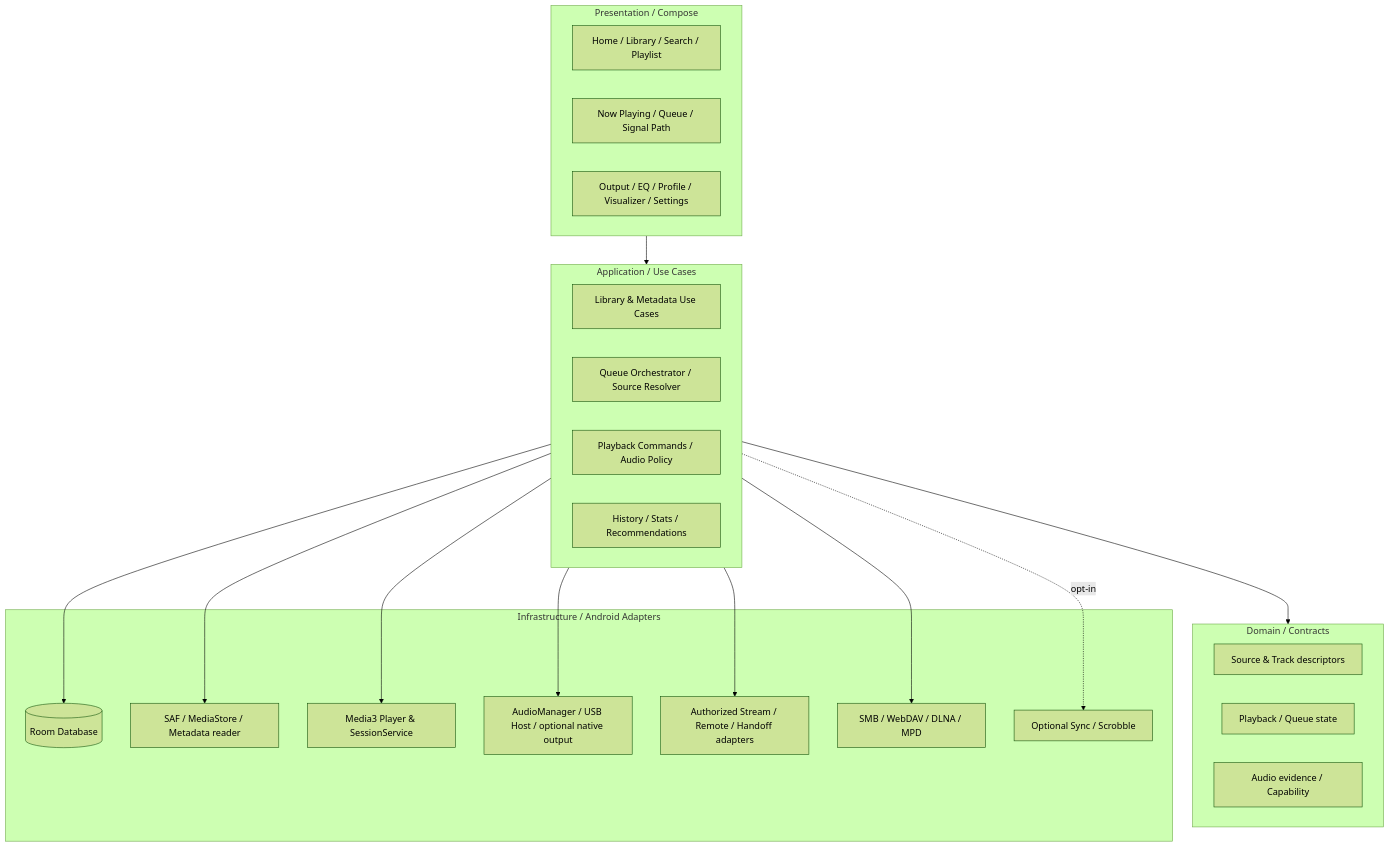
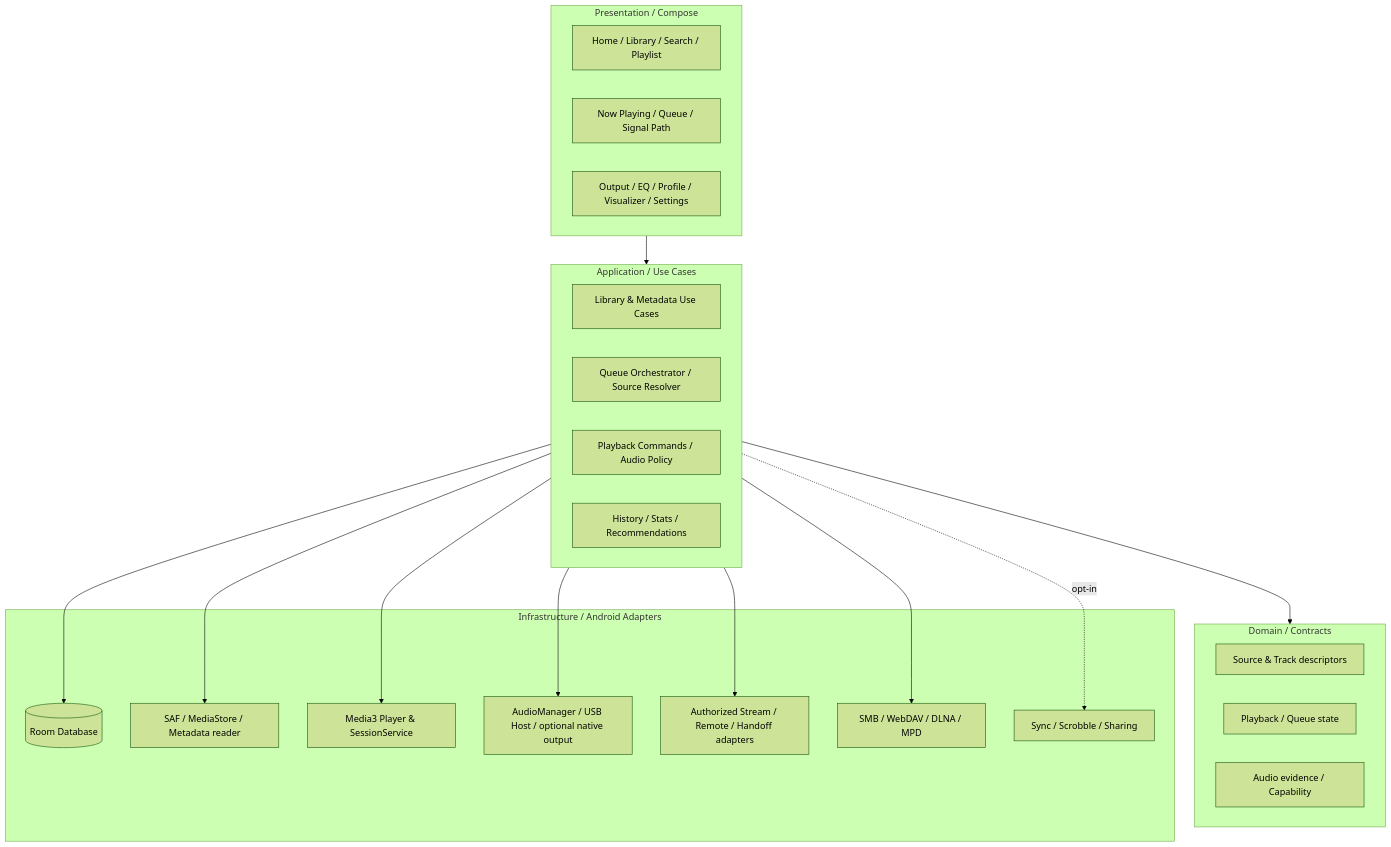
One commit to 4rtoflow/Audipp changed the second of 7 diagrams in docs/specifications/02_basic_design.md. Above: the diagram before and after it, drawn with Mermaid (forest theme). The commit also changed other lines of this file and 11 other files, not shown here.

````diff
--- a/docs/specifications/02_basic_design.md
+++ b/docs/specifications/02_basic_design.md
@@ -65,36 +69,36 @@
 ```mermaid
 flowchart TB
     subgraph UI[Presentation / Compose]
       Home[Home / Library / Search / Playlist]
       PlayerUI[Now Playing / Queue / Signal Path]
       AdvancedUI[Output / EQ / Profile / Visualizer / Settings]
     end
     subgraph Application[Application / Use Cases]
       LibraryUC[Library & Metadata Use Cases]
       QueueUC[Queue Orchestrator / Source Resolver]
       AudioUC[Playback Commands / Audio Policy]
       HistoryUC[History / Stats / Recommendations]
     end
     subgraph Domain[Domain / Contracts]
       Source[Source & Track descriptors]
       Session[Playback / Queue state]
       Proof[Audio evidence / Capability]
     end
     subgraph Infrastructure[Infrastructure / Android Adapters]
       Room[(Room Database)]
       File[SAF / MediaStore / Metadata reader]
       Media3[Media3 Player & SessionService]
       Output[AudioManager / USB Host / optional native output]
       Provider[Authorized Stream / Remote / Handoff adapters]
       Lan[SMB / WebDAV / DLNA / MPD]
-      Sync[Optional Sync / Scrobble]
+      Sync[Sync / Scrobble / Sharing]
     end
     UI --> Application --> Domain
     Application --> Room
     Application --> File
     Application --> Media3
     Application --> Output
     Application --> Provider
     Application --> Lan
     Application -. opt-in .-> Sync
 ```
````
